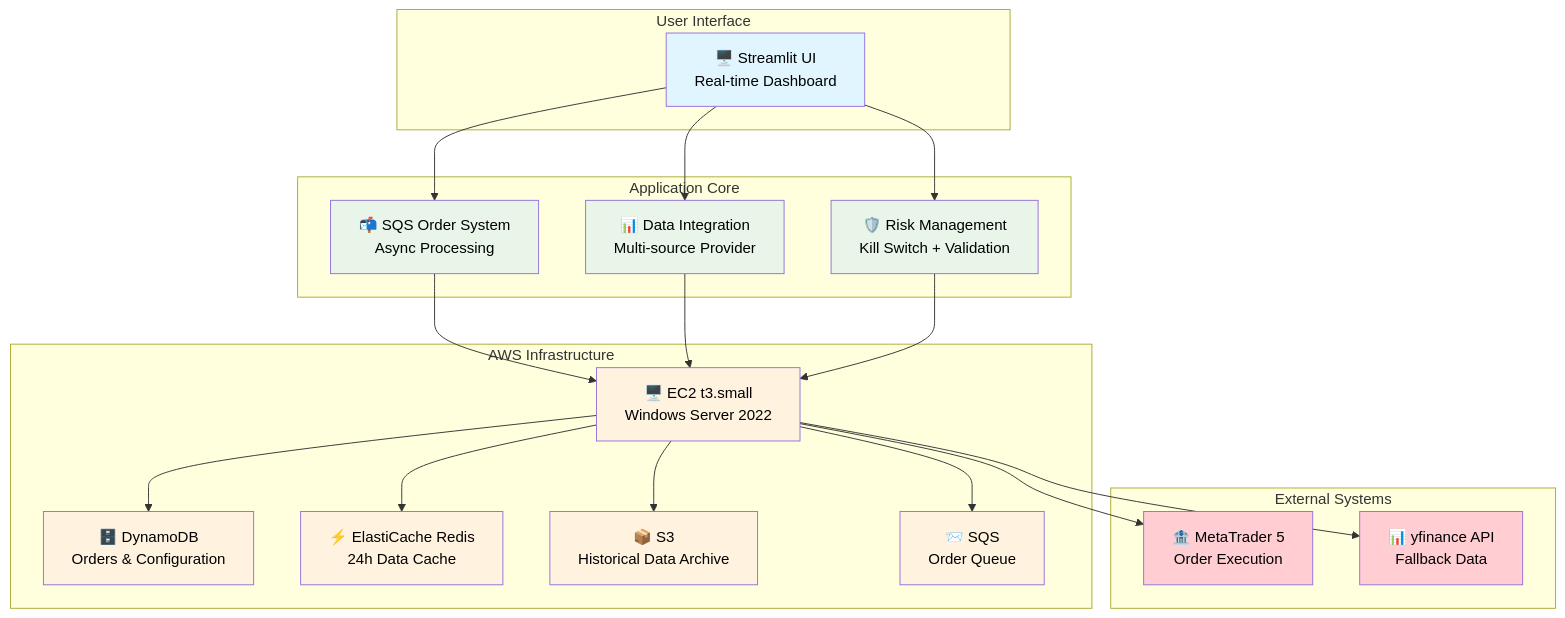
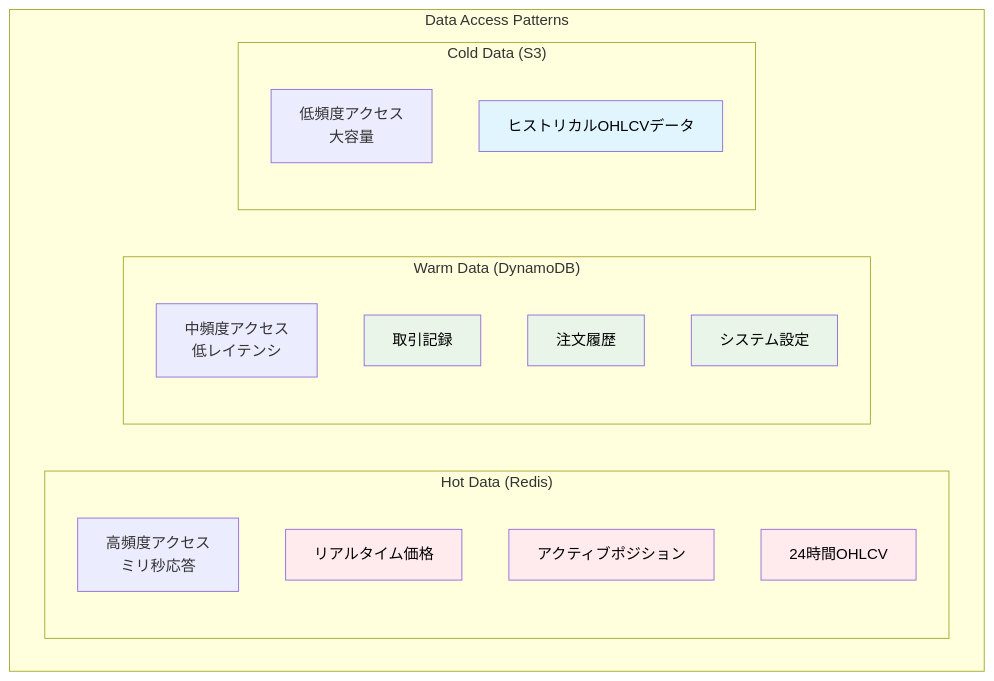
The first of 4 diagrams in README.md (Riki-22/axia-tss), drawn with Mermaid before and after one commit. The commit also changed other lines of this file and 7 other files, not shown here.

````diff
--- a/README.md
+++ b/README.md
@@ -42,50 +45,34 @@
-```mermaid
-graph TB
-    subgraph "User Interface"
-        StreamlitUI[🖥️ Streamlit UI<br/>Real-time Dashboard]
-    end
-    
-    subgraph "Application Core"
-        OrderSystem[📬 SQS Order System<br/>Async Processing]
-        DataSystem[📊 Data Integration<br/>Multi-source Provider]
-        RiskSystem[🛡️ Risk Management<br/>Kill Switch + Validation]
-    end
-    
-    subgraph "AWS Infrastructure"
-        EC2[🖥️ EC2 t3.small<br/>Windows Server 2022]
-        DynamoDB[🗄️ DynamoDB<br/>Orders & Configuration]
-        Redis[⚡ ElastiCache Redis<br/>24h Data Cache]
-        S3[📦 S3<br/>Historical Data Archive]
-        SQS[📨 SQS<br/>Order Queue]
-    end
-    
-    subgraph "External Systems"
-        MT5[🏦 MetaTrader 5<br/>Order Execution]
-        YFinance[📊 yfinance API<br/>Fallback Data]
-    end
-    
-    StreamlitUI --> OrderSystem
-    StreamlitUI --> DataSystem
-    StreamlitUI --> RiskSystem
-    
-    OrderSystem --> EC2
-    DataSystem --> EC2
-    RiskSystem --> EC2
-    
-    EC2 --> DynamoDB
-    EC2 --> Redis
-    EC2 --> S3
-    EC2 --> SQS
-    EC2 --> MT5
-    EC2 --> YFinance
-    
-    classDef ui fill:#e1f5fe,color:#000
-    classDef app fill:#e8f5e8,color:#000
-    classDef aws fill:#fff3e0,color:#000
-    classDef external fill:#ffcdd2,color:#000
-    
-    class StreamlitUI ui
-    class OrderSystem,DataSystem,RiskSystem app
-    class EC2,DynamoDB,Redis,S3,SQS aws
-    class MT5,YFinance external
-```
+    ```mermaid
+    graph TB
+        subgraph "Data Access Patterns"
+            subgraph "Hot Data (Redis)"
+                direction TB
+                HotAccess[高頻度アクセス<br/>ミリ秒応答]
+                RealtimePrice[リアルタイム価格]
+                ActivePos[アクティブポジション]
+                RecentOHLCV[24時間OHLCV]
+            end
+            
+            subgraph "Warm Data (DynamoDB)"
+                direction TB
+                WarmAccess[中頻度アクセス<br/>低レイテンシ]
+                TradingRecords[取引記録]
+                OrderHistory[注文履歴]
+                SystemConfig[システム設定]
+            end
+            
+            subgraph "Cold Data (S3)"
+                direction TB
+                ColdAccess[低頻度アクセス<br/>大容量]
+                HistoricalOHLCV[ヒストリカルOHLCVデータ]
+            end
+        end
+            
+        classDef hot fill:#ffebee,color:#000
+        classDef warm fill:#e8f5e8,color:#000
+        classDef cold fill:#e1f5fe,color:#000
+        
+        class RealtimePrice,ActivePos,RecentOHLCV hot
+        class TradingRecords,OrderHistory,SystemConfig warm
+        class HistoricalOHLCV,BacktestResults,SystemLogs cold
+    ```
````
